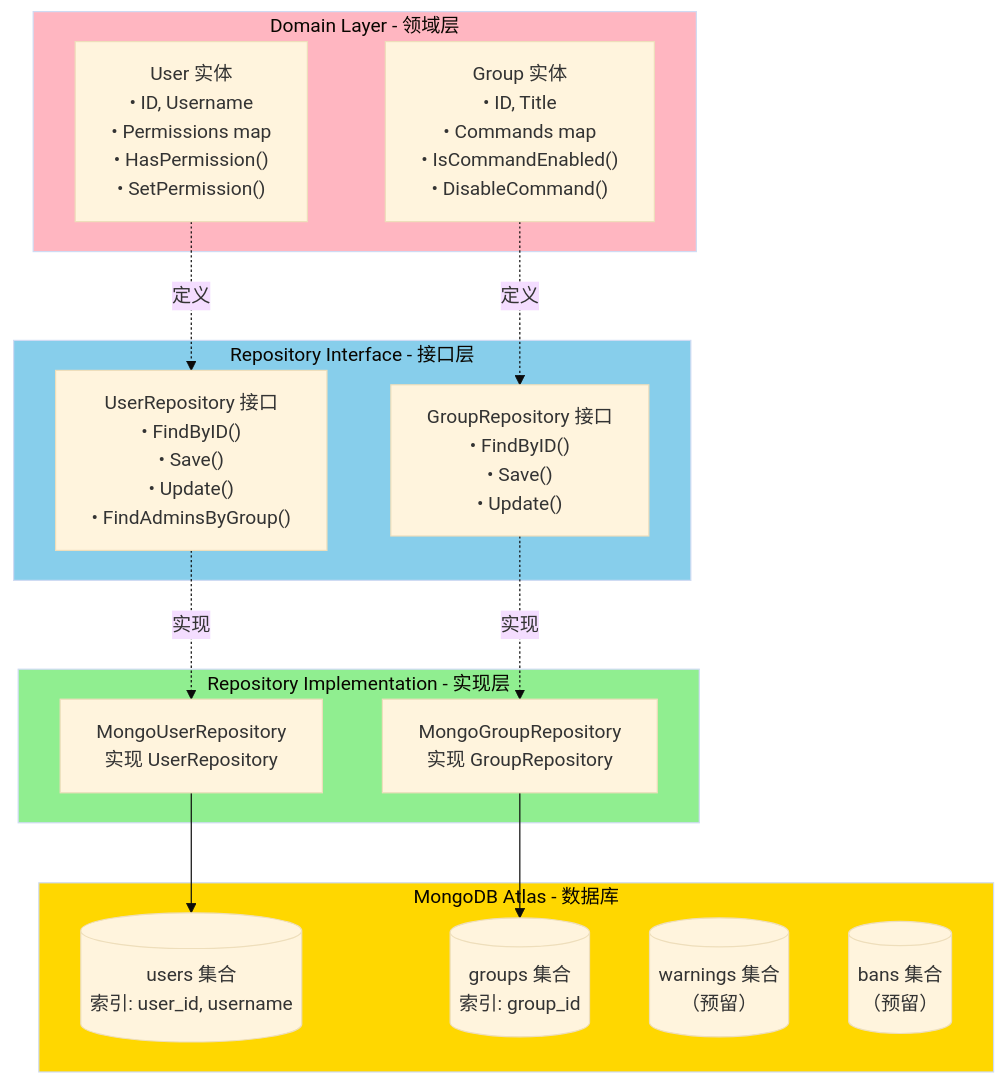
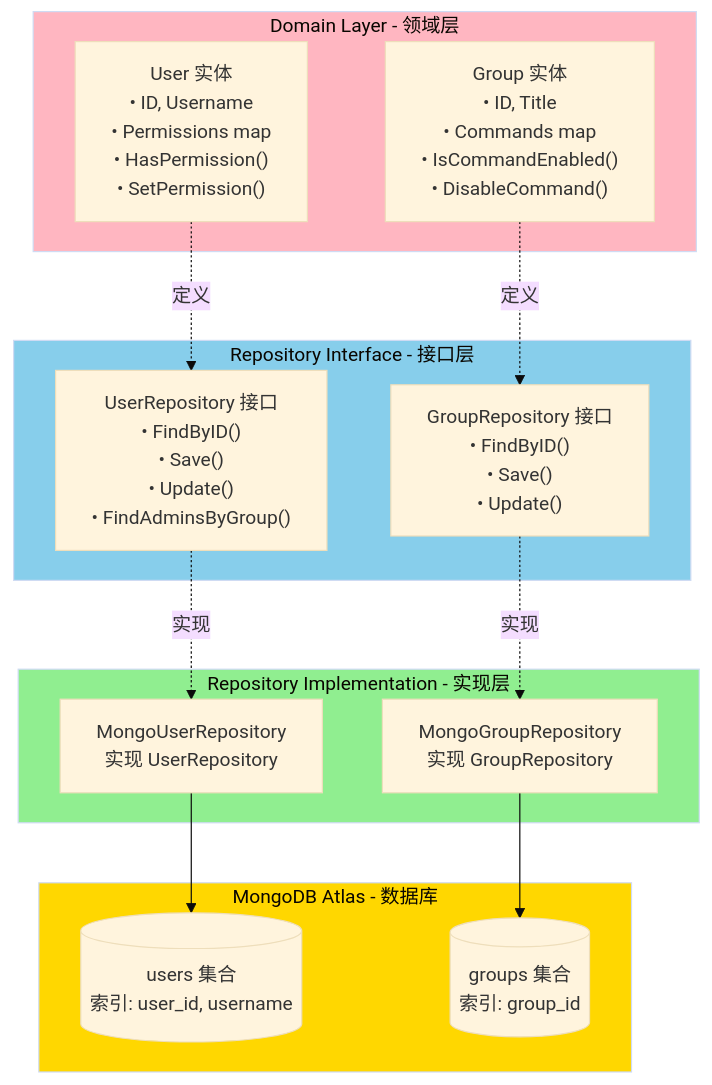
One commit to asmitul/go-telegram-bot changed diagram 14 of 26 in docs/architecture-diagram.md. Above: the diagram before and after it, drawn with Mermaid (base theme). The commit also changed other lines of this file and 11 other files, not shown here.

Commit message:
✔️ 移除警告和封禁集合的相关文档和代码，更新架构图，调整定时任务和命令参考文档，确保与当前实现一致性；重构群组设置，添加群组限制功能，优化性能和清理逻辑。

````diff
--- a/docs/architecture-diagram.md
+++ b/docs/architecture-diagram.md
@@ -648,38 +648,36 @@
 ```mermaid
 graph TB
     subgraph DomainLayer[Domain Layer - 领域层]
         User["User 实体<br/>• ID, Username<br/>• Permissions map<br/>• HasPermission()<br/>• SetPermission()"]
         Group["Group 实体<br/>• ID, Title<br/>• Commands map<br/>• IsCommandEnabled()<br/>• DisableCommand()"]
     end
 
     subgraph RepositoryInterface[Repository Interface - 接口层]
         UserRepo["UserRepository 接口<br/>• FindByID()<br/>• Save()<br/>• Update()<br/>• FindAdminsByGroup()"]
         GroupRepo["GroupRepository 接口<br/>• FindByID()<br/>• Save()<br/>• Update()"]
     end
 
     subgraph RepositoryImpl[Repository Implementation - 实现层]
         UserRepoImpl["MongoUserRepository<br/>实现 UserRepository"]
         GroupRepoImpl["MongoGroupRepository<br/>实现 GroupRepository"]
     end
 
     subgraph Database[MongoDB Atlas - 数据库]
         UsersCol[("users 集合<br/>索引: user_id, username")]
         GroupsCol[("groups 集合<br/>索引: group_id")]
-        WarningsCol[("warnings 集合<br/>（预留）")]
-        BansCol[("bans 集合<br/>（预留）")]
     end
 
     User -.定义.-> UserRepo
     Group -.定义.-> GroupRepo
 
     UserRepo -.实现.-> UserRepoImpl
     GroupRepo -.实现.-> GroupRepoImpl
 
     UserRepoImpl --> UsersCol
     GroupRepoImpl --> GroupsCol
 
     style DomainLayer fill:#FFB6C1
     style RepositoryInterface fill:#87CEEB
     style RepositoryImpl fill:#90EE90
     style Database fill:#FFD700
 ```
````
